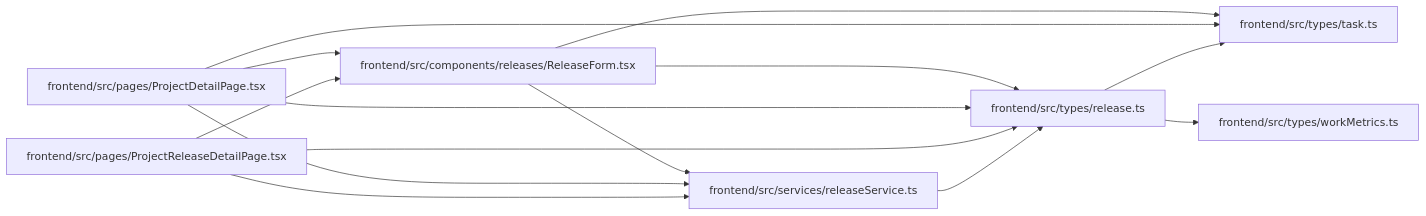
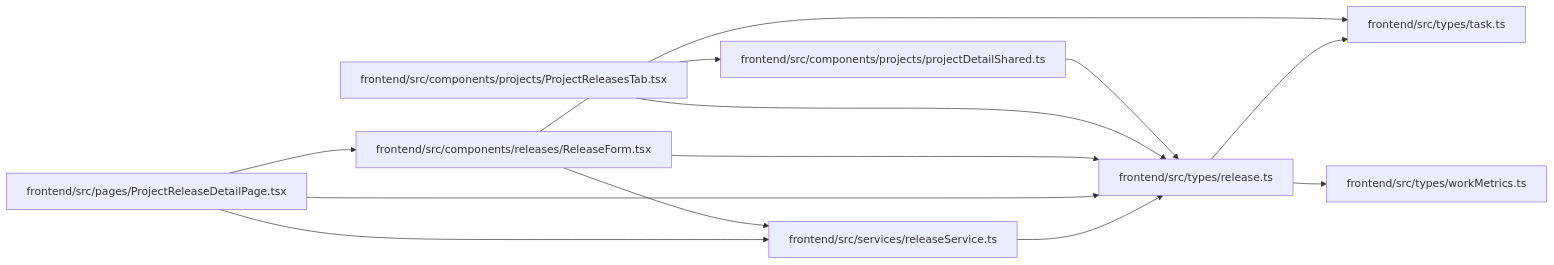
One commit to Denissvgn/WorkChord changed the diagram in docs/llm_wiki/modules/types_release.md. Above: the diagram before and after it, drawn with Mermaid. The commit also changed other lines of this file and 2373 other files, not shown here.

````diff
--- a/docs/llm_wiki/modules/types_release.md
+++ b/docs/llm_wiki/modules/types_release.md
@@ -27,30 +27,31 @@
 ```mermaid
 flowchart LR
-    n0["frontend/src/components/releases/ReleaseForm.tsx"]
-    n1["frontend/src/pages/ProjectDetailPage.tsx"]
-    n2["frontend/src/pages/ProjectReleaseDetailPage.tsx"]
-    n3["frontend/src/services/releaseService.ts"]
-    n4["frontend/src/types/release.ts"]
-    n5["frontend/src/types/task.ts"]
-    n6["frontend/src/types/workMetrics.ts"]
-    n0 --> n3
-    n0 --> n4
+    n0["frontend/src/components/projects/projectDetailShared.ts"]
+    n1["frontend/src/components/projects/ProjectReleasesTab.tsx"]
+    n2["frontend/src/components/releases/ReleaseForm.tsx"]
+    n3["frontend/src/pages/ProjectReleaseDetailPage.tsx"]
+    n4["frontend/src/services/releaseService.ts"]
+    n5["frontend/src/types/release.ts"]
+    n6["frontend/src/types/task.ts"]
+    n7["frontend/src/types/workMetrics.ts"]
     n0 --> n5
     n1 --> n0
-    n1 --> n3
-    n1 --> n4
     n1 --> n5
-    n2 --> n0
-    n2 --> n3
     n2 --> n4
+    n2 --> n5
+    n2 --> n6
+    n3 --> n2
     n3 --> n4
+    n3 --> n5
     n4 --> n5
-    n4 --> n6
-    click n0 "../modules/ReleaseForm.md"
-    click n1 "../modules/ProjectDetailPage.md"
-    click n2 "../modules/ProjectReleaseDetailPage.md"
-    click n3 "../modules/releaseService.md"
-    click n4 "../modules/types_release.md"
-    click n5 "../modules/types_task.md"
-    click n6 "../modules/workMetrics.md"
+    n5 --> n6
+    n5 --> n7
+    click n0 "../modules/projectDetailShared.md"
+    click n1 "../modules/ProjectReleasesTab.md"
+    click n2 "../modules/ReleaseForm.md"
+    click n3 "../modules/ProjectReleaseDetailPage.md"
+    click n4 "../modules/releaseService.md"
+    click n5 "../modules/types_release.md"
+    click n6 "../modules/types_task.md"
+    click n7 "../modules/workMetrics.md"
 ```
````
